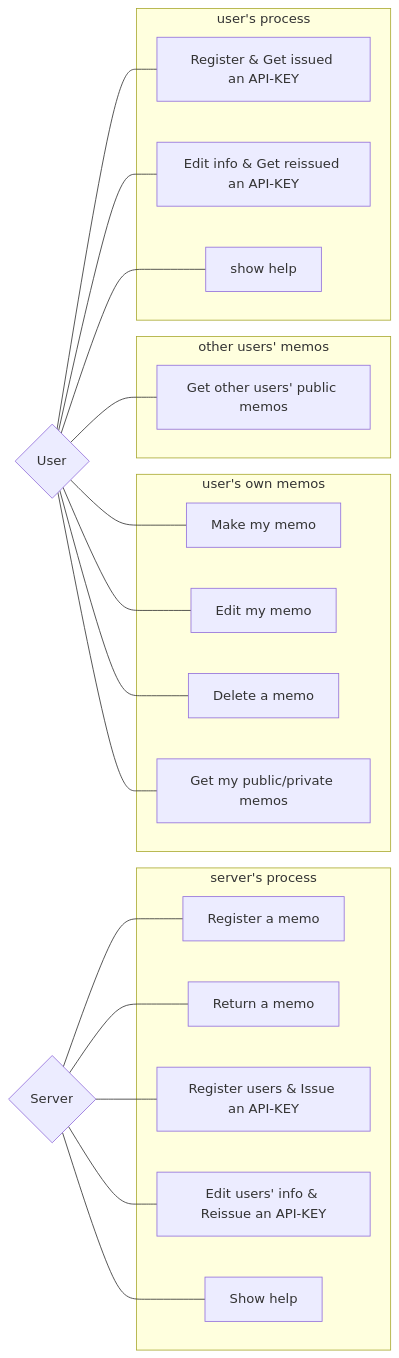
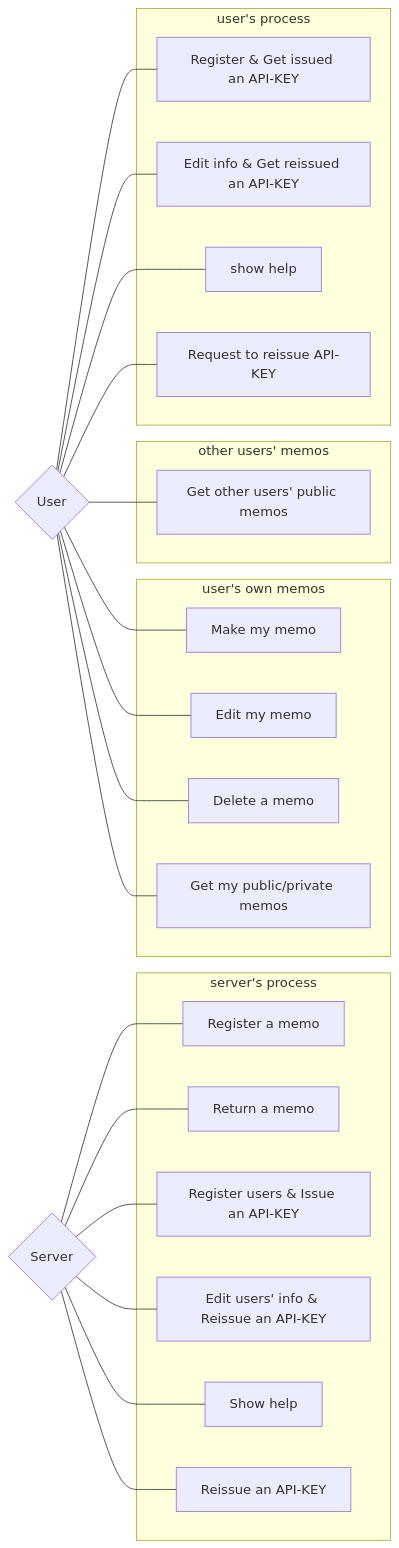
The diagram in design/usecase.md (alstrocrack/kraken), drawn with Mermaid before and after one commit. The commit also changed 7 other files, not shown here.

````diff
--- a/design/usecase.md
+++ b/design/usecase.md
@@ -3,47 +3,51 @@
 ```mermaid
 flowchart LR
 
 A{User}
 B{Server}
 
 A --- C[Make my memo]
 A --- D[Edit my memo]
 A --- E[Delete a memo]
 A --- F[Get my public/private memos]
 A --- G[Get other users' public memos]
 A --- H[Register & Get issued an API-KEY]
 A --- I[Edit info & Get reissued an API-KEY]
 A --- J[show help]
+A --- K[Request to reissue API-KEY]
 
 B --- Z[Register a memo]
 B --- Y[Return a memo]
 B --- X[Register users & Issue an API-KEY]
 B --- W[Edit users' info & Reissue an API-KEY]
 B --- V[Show help]
+B --- U[Reissue an API-KEY]
 
 
 subgraph server's process
   Z
   Y
   X
   W
   V
+  U
 end
 
 subgraph user's own memos
   C
   D
   E
   F
 end
 
 subgraph other users' memos
   G
 end
 
 subgraph user's process
   H
   I
   J
+  K
 end
 ```
````
